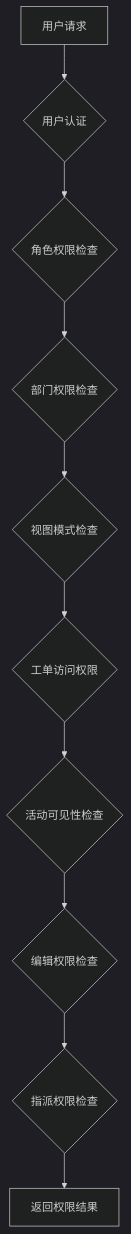
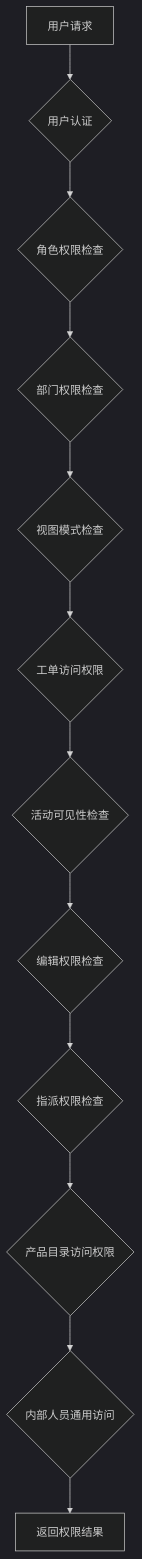
One commit to CubeEdge/Longhorn changed the seventh of 36 diagrams in .qoder/repowiki/zh/content/开发指南/Service PRD_P2 服务产品需求文档.md. Above: the diagram before and after it, drawn with Mermaid (dark theme). The commit also changed other lines of this file and 26 other files, not shown here.

````diff
--- a/.qoder/repowiki/zh/content/开发指南/Service PRD_P2 服务产品需求文档.md
+++ b/.qoder/repowiki/zh/content/开发指南/Service PRD_P2 服务产品需求文档.md
@@ -380,12 +384,14 @@
 ```mermaid
 flowchart TD
 A[用户请求] --> B{用户认证}
 B --> C{角色权限检查}
 C --> D{部门权限检查}
 D --> E{视图模式检查}
 E --> F{工单访问权限}
 F --> G{活动可见性检查}
 G --> H{编辑权限检查}
 H --> I{指派权限检查}
-I --> J[返回权限结果]
+I --> J{产品目录访问权限}
+J --> K{内部人员通用访问}
+K --> L[返回权限结果]
 ```
````
